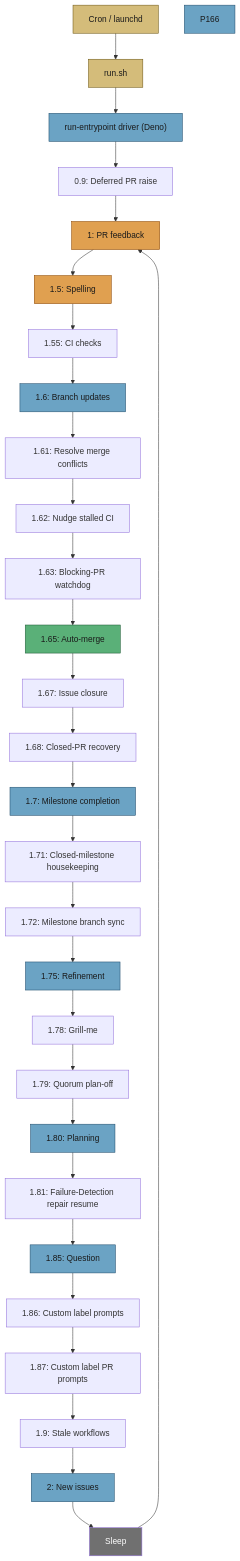
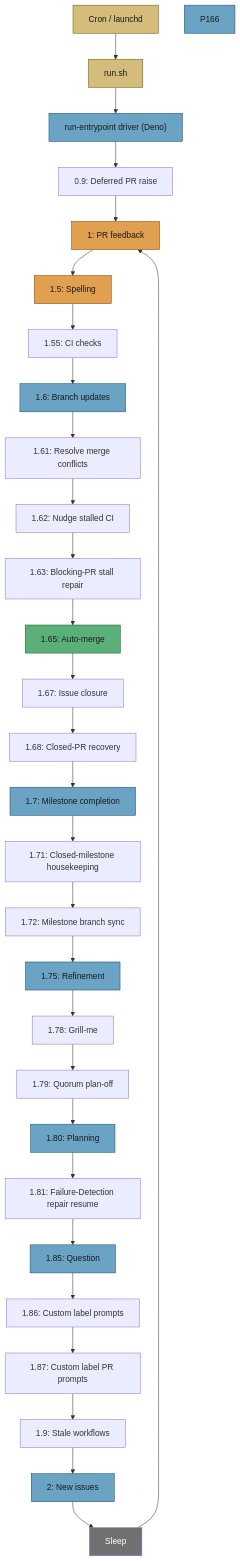
Before and after one commit to stSoftwareAU/VibeCoder: the second of 5 diagrams in docs/workflows/README.md, drawn with Mermaid. The commit also changed other lines of this file and 4 other files, not shown here.

First line of the commit message:
Stall repair: the trip marker and sync push are not an answer (#2802)

````diff
--- a/docs/workflows/README.md
+++ b/docs/workflows/README.md
@@ -144,45 +144,45 @@
 ```mermaid
 flowchart TD
   Cron["Cron / launchd"] --> Run["run.sh"]
   Run --> Core["run-entrypoint driver (Deno)"]
   Core --> P09["0.9: Deferred PR raise"]
   P09 --> P1["1: PR feedback"]
   P1 --> P15["1.5: Spelling"]
   P15 --> P155["1.55: CI checks"]
   P155 --> P16["1.6: Branch updates"]
   P16 --> P161["1.61: Resolve merge conflicts"]
   P161 --> P162["1.62: Nudge stalled CI"]
-  P162 --> P163["1.63: Blocking-PR watchdog"]
+  P162 --> P163["1.63: Blocking-PR stall repair"]
   P163 --> P165["1.65: Auto-merge"]
   P165 --> P167["1.67: Issue closure"]
   P167 --> P168["1.68: Closed-PR recovery"]
   P168 --> P17["1.7: Milestone completion"]
   P17 --> P171["1.71: Closed-milestone housekeeping"]
   P171 --> P172["1.72: Milestone branch sync"]
   P172 --> P175["1.75: Refinement"]
   P175 --> P178["1.78: Grill-me"]
   P178 --> P179["1.79: Quorum plan-off"]
   P179 --> P18["1.80: Planning"]
   P18 --> P181["1.81: Failure-Detection repair resume"]
   P181 --> P185["1.85: Question"]
   P185 --> P186["1.86: Custom label prompts"]
   P186 --> P187["1.87: Custom label PR prompts"]
   P187 --> P19["1.9: Stale workflows"]
   P19 --> P2["2: New issues"]
   P2 --> Sleep["Sleep"]
   Sleep --> P1
   style Cron fill:#d4bc7a,stroke:#6b5510,color:#1a1a1a
   style Run fill:#d4bc7a,stroke:#6b5510,color:#1a1a1a
   style Core fill:#6ba3c4,stroke:#1d4a6a,color:#1a1a1a
   style P1 fill:#e0a050,stroke:#8b4500,color:#1a1a1a
   style P15 fill:#e0a050,stroke:#8b4500,color:#1a1a1a
   style P16 fill:#6ba3c4,stroke:#1d4a6a,color:#1a1a1a
   style P165 fill:#5ab078,stroke:#1d5a35,color:#1a1a1a
   style P166 fill:#6ba3c4,stroke:#1d4a6a,color:#1a1a1a
   style P17 fill:#6ba3c4,stroke:#1d4a6a,color:#1a1a1a
   style P175 fill:#6ba3c4,stroke:#1d4a6a,color:#1a1a1a
   style P18 fill:#6ba3c4,stroke:#1d4a6a,color:#1a1a1a
   style P185 fill:#6ba3c4,stroke:#1d4a6a,color:#1a1a1a
   style P2 fill:#6ba3c4,stroke:#1d4a6a,color:#1a1a1a
   style Sleep fill:#707070,stroke:,color:#fff
 ```
````
